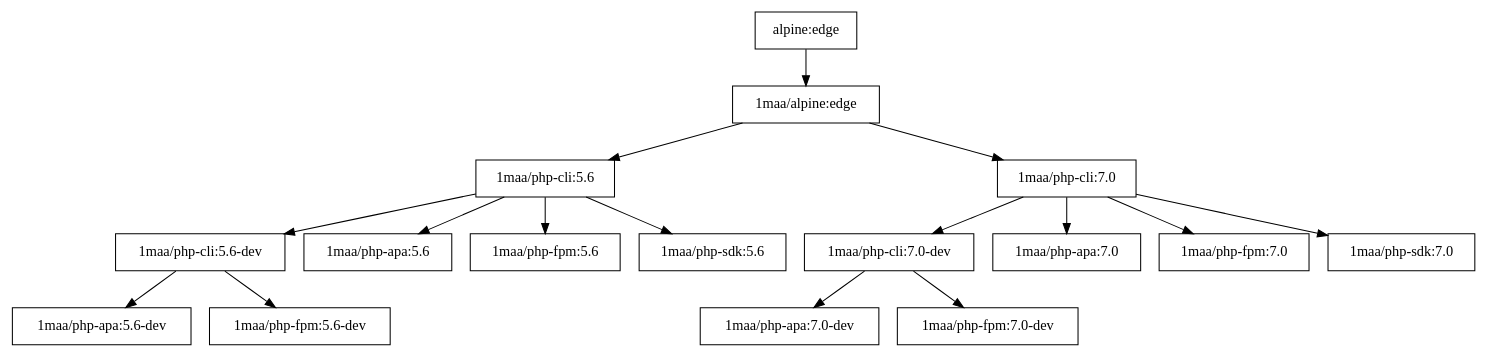
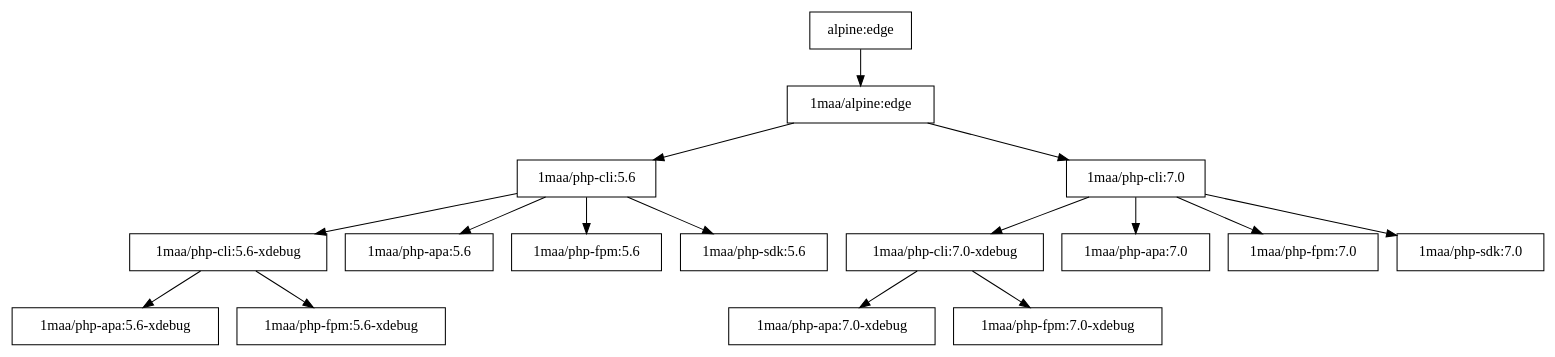
Before and after one commit to 1ma/dockertronics: the diagram in php/map.gv, drawn with Graphviz. The commit also changed 5 other files, not shown here.

Commit message:
changed 'dev' suffix to 'xdebug', as it is more descriptive

```diff
--- a/php/map.gv
+++ b/php/map.gv
@@ -1,9 +1,9 @@
 digraph G {
     node [shape="box"];
     "alpine:edge" -> "1maa/alpine:edge";
     "1maa/alpine:edge" -> "1maa/php-cli:5.6", "1maa/php-cli:7.0";
-    "1maa/php-cli:5.6" -> "1maa/php-cli:5.6-dev", "1maa/php-apa:5.6", "1maa/php-fpm:5.6", "1maa/php-sdk:5.6";
-    "1maa/php-cli:7.0" -> "1maa/php-cli:7.0-dev", "1maa/php-apa:7.0", "1maa/php-fpm:7.0", "1maa/php-sdk:7.0";
-    "1maa/php-cli:5.6-dev" -> "1maa/php-apa:5.6-dev", "1maa/php-fpm:5.6-dev";
-    "1maa/php-cli:7.0-dev" -> "1maa/php-apa:7.0-dev", "1maa/php-fpm:7.0-dev";
+    "1maa/php-cli:5.6" -> "1maa/php-cli:5.6-xdebug", "1maa/php-apa:5.6", "1maa/php-fpm:5.6", "1maa/php-sdk:5.6";
+    "1maa/php-cli:7.0" -> "1maa/php-cli:7.0-xdebug", "1maa/php-apa:7.0", "1maa/php-fpm:7.0", "1maa/php-sdk:7.0";
+    "1maa/php-cli:5.6-xdebug" -> "1maa/php-apa:5.6-xdebug", "1maa/php-fpm:5.6-xdebug";
+    "1maa/php-cli:7.0-xdebug" -> "1maa/php-apa:7.0-xdebug", "1maa/php-fpm:7.0-xdebug";
 }
```
